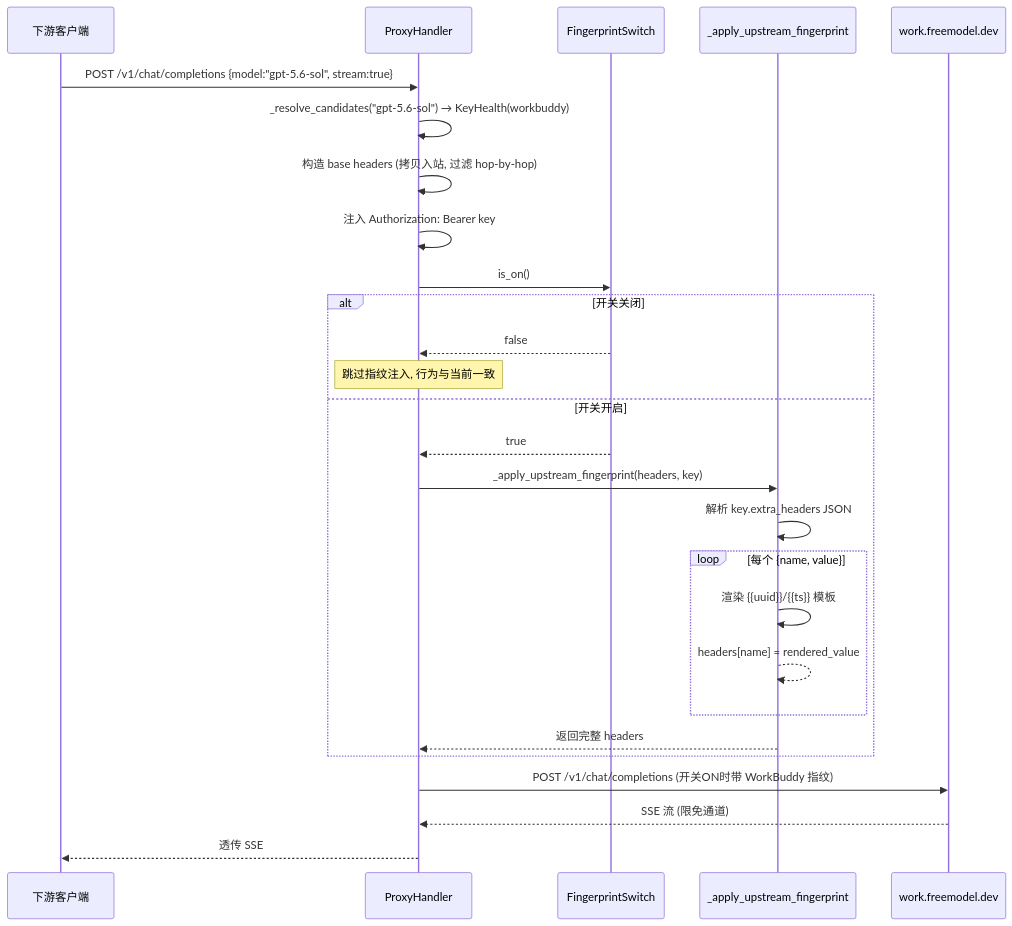
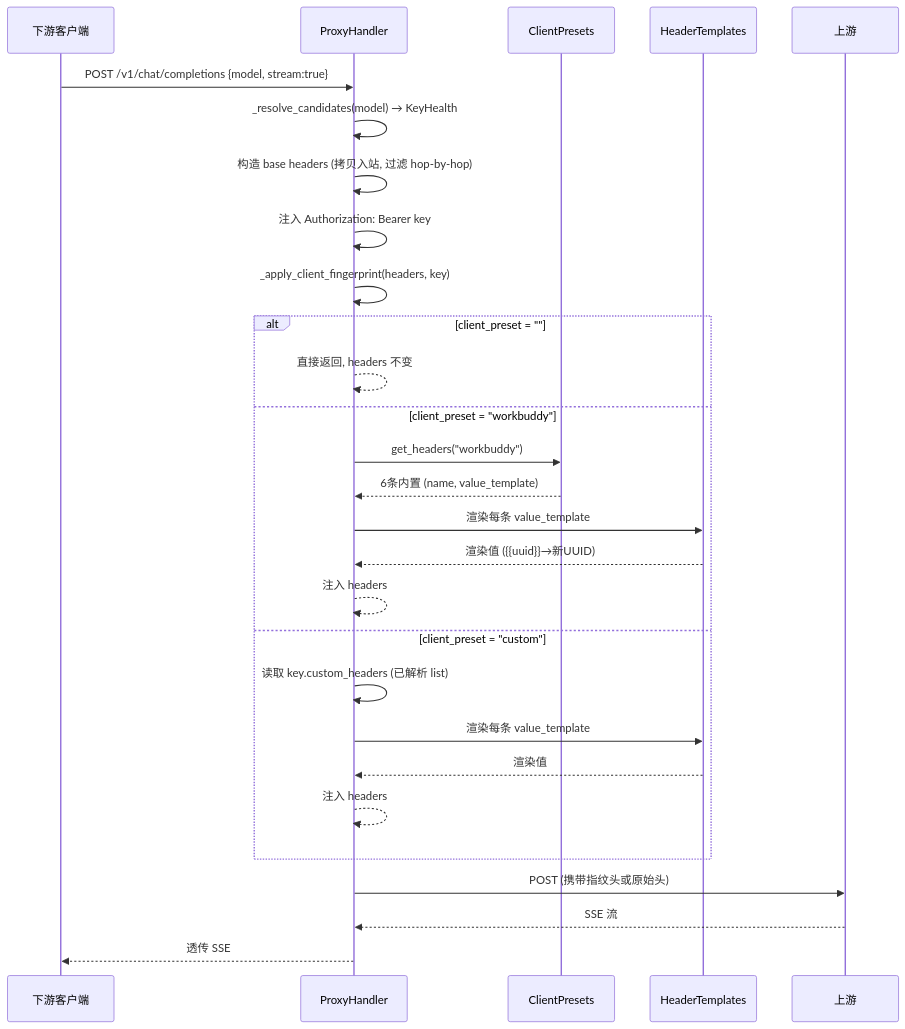
Before and after one commit to maxiuquan/zhongzhuan: the second of 2 diagrams in docs/plan-upstream-client-fingerprint.md, drawn with Mermaid. The commit also changed other lines of this file and 12 other files, not shown here.

First line of the commit message:
feat(proxy): add per-model upstream client fingerprint simulation

````diff
--- a/docs/plan-upstream-client-fingerprint.md
+++ b/docs/plan-upstream-client-fingerprint.md
@@ -166,30 +181,33 @@
 ```mermaid
 sequenceDiagram
     participant Client as 下游客户端
     participant Proxy as ProxyHandler
-    participant Switch as FingerprintSwitch
-    participant Fingerprint as _apply_upstream_fingerprint
-    participant Upstream as work.freemodel.dev
+    participant Presets as ClientPresets
+    participant Tpl as HeaderTemplates
+    participant Upstream as 上游
 
-    Client->>Proxy: POST /v1/chat/completions {model:"gpt-5.6-sol", stream:true}
-    Proxy->>Proxy: _resolve_candidates("gpt-5.6-sol") → KeyHealth(workbuddy)
+    Client->>Proxy: POST /v1/chat/completions {model, stream:true}
+    Proxy->>Proxy: _resolve_candidates(model) → KeyHealth
     Proxy->>Proxy: 构造 base headers (拷贝入站, 过滤 hop-by-hop)
     Proxy->>Proxy: 注入 Authorization: Bearer key
-    Proxy->>Switch: is_on()
-    alt 开关关闭
-        Switch-->>Proxy: false
-        Note over Proxy: 跳过指纹注入, 行为与当前一致
-    else 开关开启
-        Switch-->>Proxy: true
-        Proxy->>Fingerprint: _apply_upstream_fingerprint(headers, key)
-        Fingerprint->>Fingerprint: 解析 key.extra_headers JSON
-        loop 每个 {name, value}
-            Fingerprint->>Fingerprint: 渲染 {{uuid}}/{{ts}} 模板
-            Fingerprint-->>Fingerprint: headers[name] = rendered_value
-        end
-        Fingerprint-->>Proxy: 返回完整 headers
+    Proxy->>Proxy: _apply_client_fingerprint(headers, key)
+
+    alt client_preset = ""
+        Proxy-->>Proxy: 直接返回, headers 不变
+    else client_preset = "workbuddy"
+        Proxy->>Presets: get_headers("workbuddy")
+        Presets-->>Proxy: 6条内置 (name, value_template)
+        Proxy->>Tpl: 渲染每条 value_template
+        Tpl-->>Proxy: 渲染值 ({{uuid}}→新UUID)
+        Proxy-->>Proxy: 注入 headers
+    else client_preset = "custom"
+        Proxy->>Proxy: 读取 key.custom_headers (已解析 list)
+        Proxy->>Tpl: 渲染每条 value_template
+        Tpl-->>Proxy: 渲染值
+        Proxy-->>Proxy: 注入 headers
     end
-    Proxy->>Upstream: POST /v1/chat/completions (开关ON时带 WorkBuddy 指纹)
-    Upstream-->>Proxy: SSE 流 (限免通道)
+
+    Proxy->>Upstream: POST (携带指纹头或原始头)
+    Upstream-->>Proxy: SSE 流
     Proxy-->>Client: 透传 SSE
 ```
````
